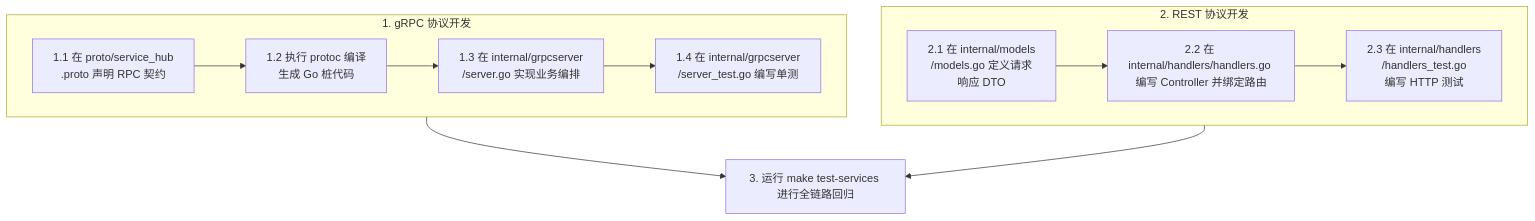
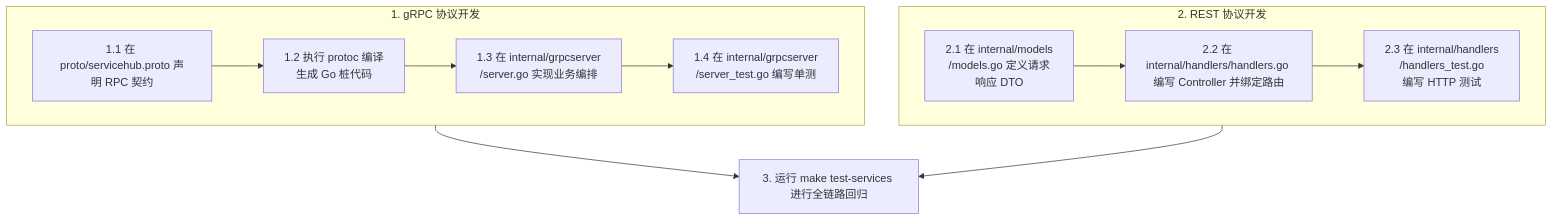
Before and after one commit to fengzhizi319/PrivShield: the fourth of 4 diagrams in services/service-hub/docs/learning-guide.md, drawn with Mermaid. The commit also changed other lines of this file and 181 other files, not shown here.

````diff
--- a/services/service-hub/docs/learning-guide.md
+++ b/services/service-hub/docs/learning-guide.md
@@ -564,16 +556,16 @@
 ```mermaid
 flowchart TD
     subgraph gRPC_Flow [1. gRPC 协议开发]
-        G1[1.1 在 proto/service_hub</br>.proto 声明 RPC 契约] --> G2[1.2 执行 protoc 编译</br>生成 Go 桩代码]
+        G1[1.1 在 proto/servicehub.proto 声明 RPC 契约] --> G2[1.2 执行 protoc 编译</br>生成 Go 桩代码]
         G2 --> G3[1.3 在 internal/grpcserver</br>/server.go 实现业务编排]
         G3 --> G4[1.4 在 internal/grpcserver</br>/server_test.go 编写单测]
     end
 
     subgraph REST_Flow [2. REST 协议开发]
         R1[2.1 在 internal/models</br>/models.go 定义请求</br>响应 DTO] --> R2[2.2 在 internal/handlers/handlers.go </br>编写 Controller 并绑定路由]
         R2 --> R3[2.3 在 internal/handlers</br>/handlers_test.go </br>编写 HTTP 测试]
     end
 
     gRPC_Flow --> E2E[3. 运行 make test-services 进行全链路回归]
     REST_Flow --> E2E
 ```
````
